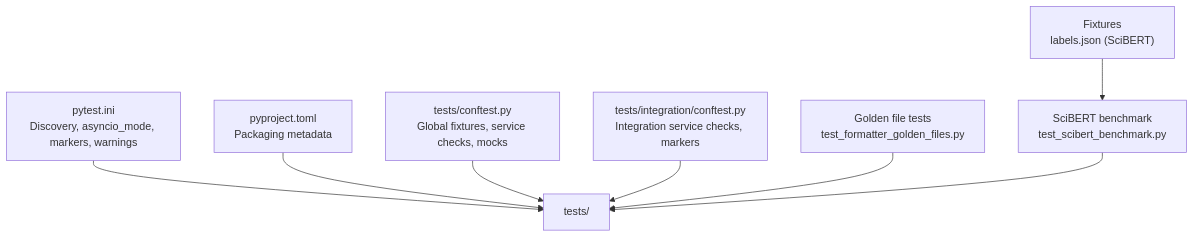
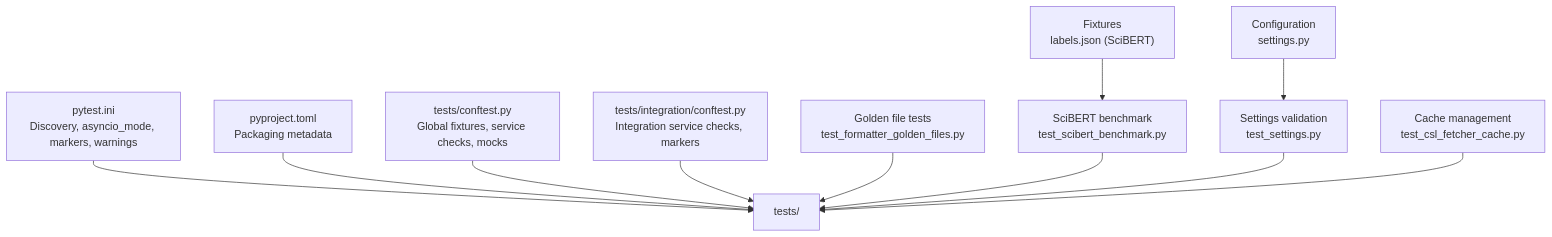
The first of 8 diagrams in .qoder/repowiki/en/content/Testing Strategy/Backend Testing/Backend Testing.md (rohitkumarnaidu/-Auto-AI-Automated-Academic-Docx-Manuscript-Formatter), drawn with Mermaid before and after one commit. The commit also changed other lines of this file and 5 other files, not shown here.

````diff
--- a/.qoder/repowiki/en/content/Testing Strategy/Backend Testing/Backend Testing.md
+++ b/.qoder/repowiki/en/content/Testing Strategy/Backend Testing/Backend Testing.md
@@ -42,10 +57,13 @@
 ```mermaid
 graph TB
 A["pytest.ini<br/>Discovery, asyncio_mode, markers, warnings"] --> B["tests/"]
 C["pyproject.toml<br/>Packaging metadata"] --> B
 D["tests/conftest.py<br/>Global fixtures, service checks, mocks"] --> B
 E["tests/integration/conftest.py<br/>Integration service checks, markers"] --> B
 F["Golden file tests<br/>test_formatter_golden_files.py"] --> B
 G["SciBERT benchmark<br/>test_scibert_benchmark.py"] --> B
-H["Fixtures<br/>labels.json (SciBERT)"] --> G
+H["Settings validation<br/>test_settings.py"] --> B
+I["Cache management<br/>test_csl_fetcher_cache.py"] --> B
+J["Fixtures<br/>labels.json (SciBERT)"] --> G
+K["Configuration<br/>settings.py"] --> H
 ```
````
